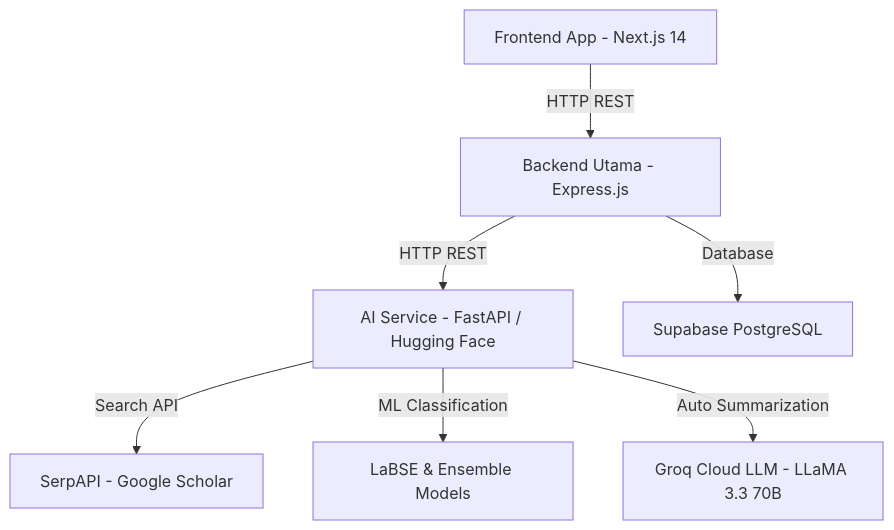
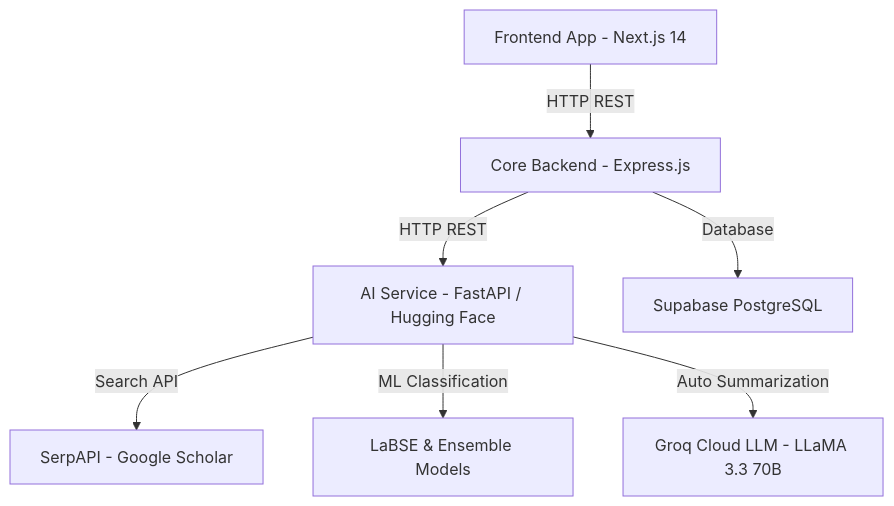
The first of 2 diagrams in README.md (AI-Research-TS/.github), drawn with Mermaid before and after one commit. The commit also changed other lines of this file and 2 other files, not shown here.

````diff
--- a/README.md
+++ b/README.md
@@ -21,9 +21,9 @@
 ```mermaid
 graph TD
-    A[Frontend App - Next.js 14] -->|HTTP REST| B[Backend Utama - Express.js]
+    A[Frontend App - Next.js 14] -->|HTTP REST| B[Core Backend - Express.js]
     B -->|HTTP REST| C[AI Service - FastAPI / Hugging Face]
     C -->|Search API| D[SerpAPI - Google Scholar]
     C -->|ML Classification| E[LaBSE & Ensemble Models]
     C -->|Auto Summarization| F[Groq Cloud LLM - LLaMA 3.3 70B]
     B -->|Database| G[Supabase PostgreSQL]
 ```
````
